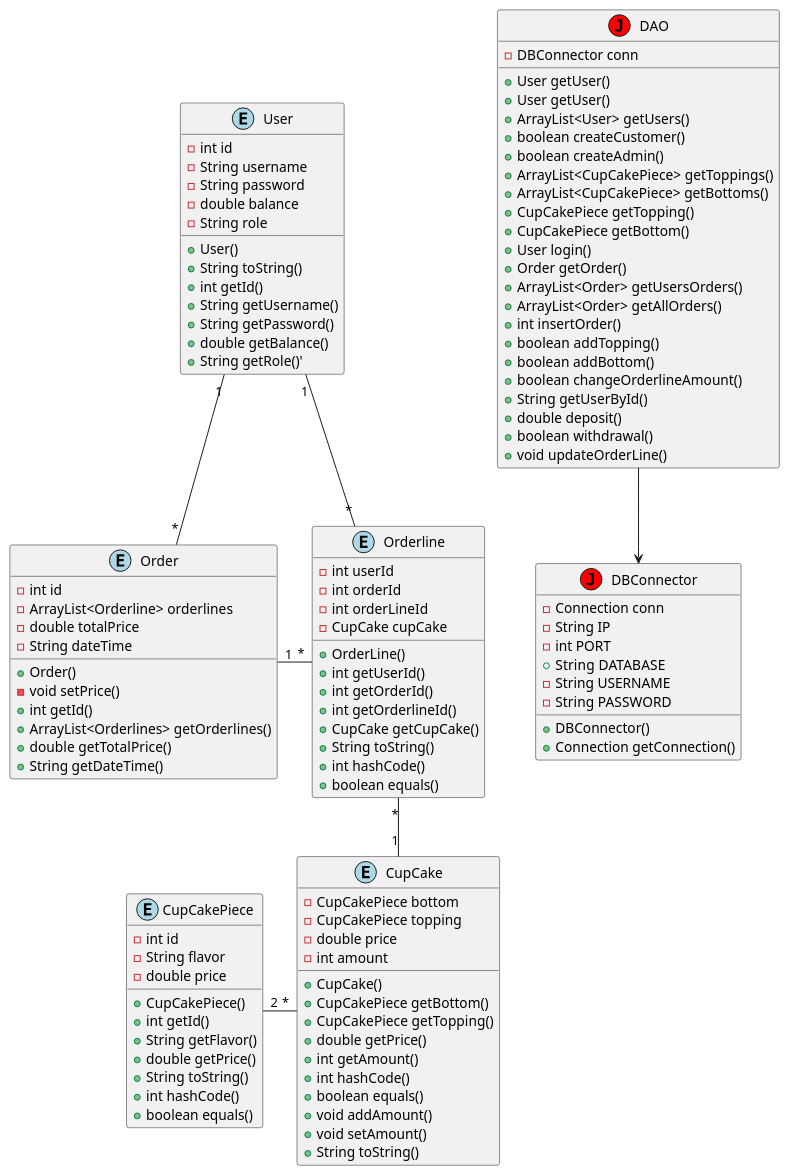
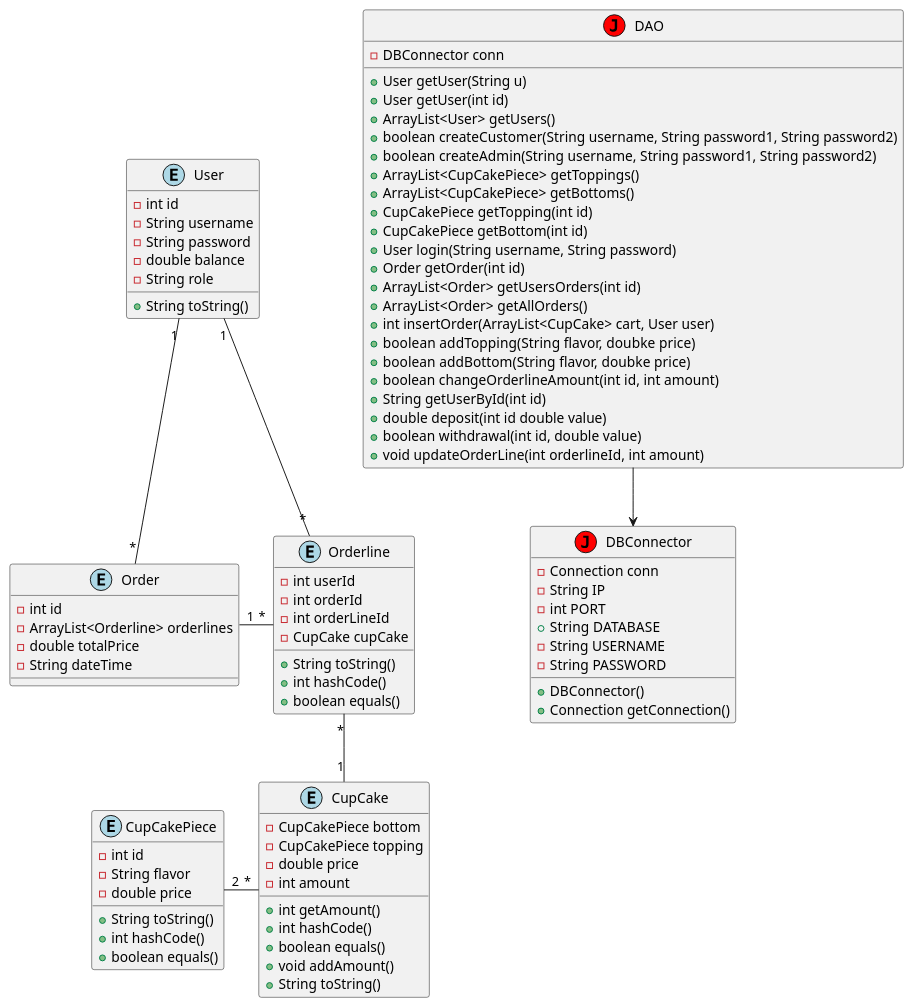
Before and after one commit to NikolajX4000/CupCakeWebShop: the diagram in src/main/java/UML/ClassDiagram.puml, drawn with PlantUML. The commit also changed 4 other files, not shown here.

```diff
--- a/src/main/java/UML/ClassDiagram.puml
+++ b/src/main/java/UML/ClassDiagram.puml
@@ -1,109 +1,83 @@
 @startuml
 
 skinparam shadowing false
 
 class DAO << (J,red) >>
 class DBConnector << (J,red) >>
 class CupCake << (E,lightblue) >>
 class CupCakePiece << (E,lightblue) >>
 class Order << (E,lightblue) >>
 class Orderline << (E,lightblue) >>
 class User << (E,lightblue) >>
 
 CupCake : - CupCakePiece bottom
 CupCake : - CupCakePiece topping
 CupCake : - double price
 CupCake : - int amount
-CupCake : + CupCake()
-CupCake : + CupCakePiece getBottom()
-CupCake : + CupCakePiece getTopping()
-CupCake : + double getPrice()
 CupCake : + int getAmount()
 CupCake : + int hashCode()
 CupCake : + boolean equals()
 CupCake : + void addAmount()
-CupCake : + void setAmount()
 CupCake : + String toString()
 CupCakePiece : - int id
 CupCakePiece : - String flavor
 CupCakePiece : - double price
-CupCakePiece : + CupCakePiece()
-CupCakePiece : + int getId()
-CupCakePiece : + String getFlavor()
-CupCakePiece : + double getPrice()
 CupCakePiece : + String toString()
 CupCakePiece : + int hashCode()
 CupCakePiece : + boolean equals()
 Order : - int id
 Order : - ArrayList<Orderline> orderlines
 Order : - double totalPrice
 Order : - String dateTime
-Order : + Order()
-Order : - void setPrice()
-Order : + int getId()
-Order : + ArrayList<Orderlines> getOrderlines()
-Order : + double getTotalPrice()
-Order : + String getDateTime()
 Orderline : - int userId
 Orderline : - int orderId
 Orderline : - int orderLineId
 Orderline : - CupCake cupCake
-Orderline : + OrderLine()
-Orderline : + int getUserId()
-Orderline : + int getOrderId()
-Orderline : + int getOrderlineId()
-Orderline : + CupCake getCupCake()
 Orderline : + String toString()
 Orderline : + int hashCode()
 Orderline : + boolean equals()
 User : - int id
 User : - String username
 User : - String password
 User : - double balance
 User : - String role
-User : + User()
 User : + String toString()
-User : + int getId()
-User : + String getUsername()
-User : + String getPassword()
-User : + double getBalance()
-User : + String getRole()'
 DAO : - DBConnector conn
-DAO : + User getUser()
-DAO : + User getUser()
+DAO : + User getUser(String u)
+DAO : + User getUser(int id)
 DAO : + ArrayList<User> getUsers()
-DAO : + boolean createCustomer()
-DAO : + boolean createAdmin()
+DAO : + boolean createCustomer(String username, String password1, String password2)
+DAO : + boolean createAdmin(String username, String password1, String password2)
 DAO : + ArrayList<CupCakePiece> getToppings()
 DAO : + ArrayList<CupCakePiece> getBottoms()
-DAO : + CupCakePiece getTopping()
-DAO : + CupCakePiece getBottom()
-DAO : + User login()
-DAO : + Order getOrder()
-DAO : + ArrayList<Order> getUsersOrders()
+DAO : + CupCakePiece getTopping(int id)
+DAO : + CupCakePiece getBottom(int id)
+DAO : + User login(String username, String password)
+DAO : + Order getOrder(int id)
+DAO : + ArrayList<Order> getUsersOrders(int id)
 DAO : + ArrayList<Order> getAllOrders()
-DAO : + int insertOrder()
-DAO : + boolean addTopping()
-DAO : + boolean addBottom()
-DAO : + boolean changeOrderlineAmount()
-DAO : + String getUserById()
-DAO : + double deposit()
-DAO : + boolean withdrawal()
-DAO : + void updateOrderLine()
+DAO : + int insertOrder(ArrayList<CupCake> cart, User user)
+DAO : + boolean addTopping(String flavor, doubke price)
+DAO : + boolean addBottom(String flavor, doubke price)
+DAO : + boolean changeOrderlineAmount(int id, int amount)
+DAO : + String getUserById(int id)
+DAO : + double deposit(int id double value)
+DAO : + boolean withdrawal(int id, double value)
+DAO : + void updateOrderLine(int orderlineId, int amount)
 DBConnector : - Connection conn
 DBConnector : - String IP
 DBConnector : - int PORT
 DBConnector : + String DATABASE
 DBConnector : - String USERNAME
 DBConnector : - String PASSWORD
 DBConnector : + DBConnector()
 DBConnector : + Connection getConnection()
 
 CupCake "*" -left- "2" CupCakePiece
 Order "1" -right- "*" Orderline
 Orderline "*" -- "1" CupCake
 User "1" -- "*" Order
 User "1" -- "*" Orderline
 DAO --> DBConnector
 
 @enduml
```
